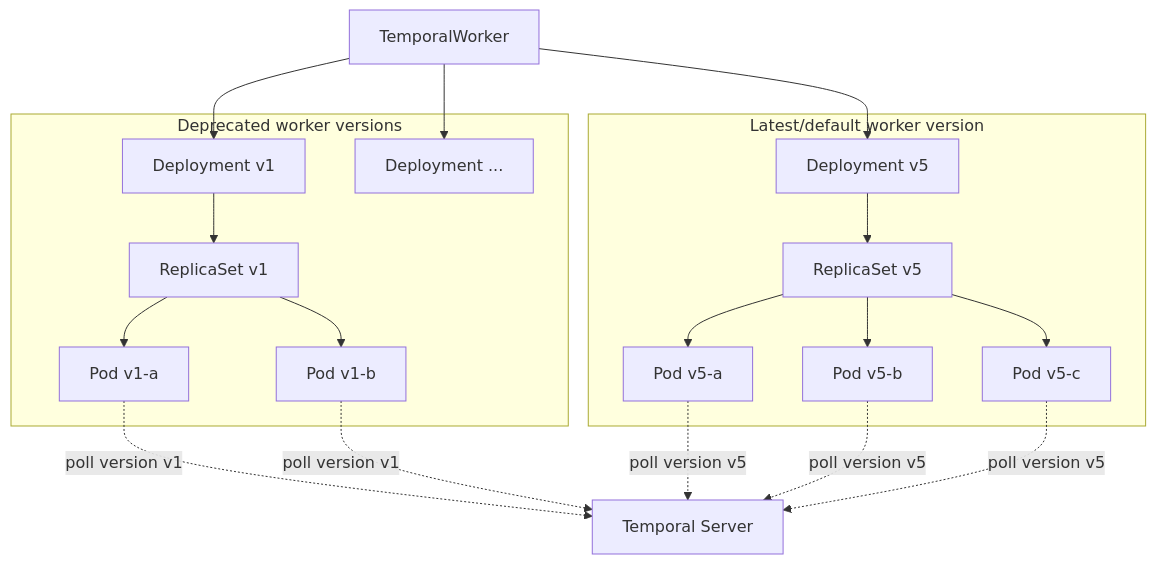
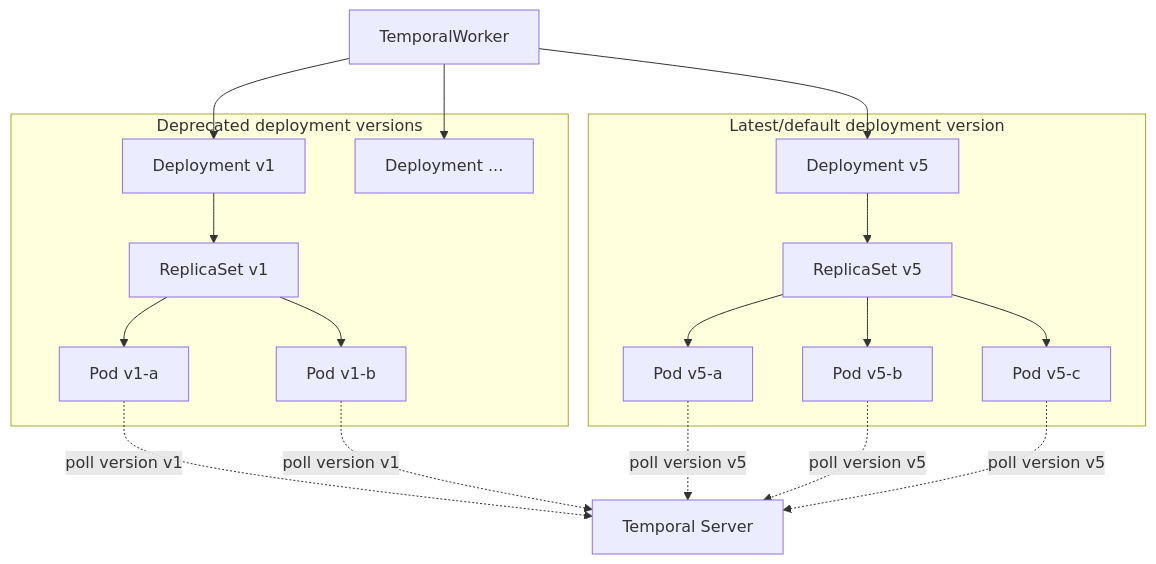
Before and after one commit to temporalio/temporal-worker-controller: the first of 2 diagrams in README.md, drawn with Mermaid. The commit also changed other lines of this file and 20 other files, not shown here.

````diff
--- a/README.md
+++ b/README.md
@@ -57,41 +67,41 @@
 ```mermaid
 flowchart TD
     wd[TemporalWorker]
 
-    subgraph "Latest/default worker version"
+    subgraph "Latest/default deployment version"
         d5["Deployment v5"]
         rs5["ReplicaSet v5"]
         p5a["Pod v5-a"]
         p5b["Pod v5-b"]
         p5c["Pod v5-c"]
         d5 --> rs5
         rs5 --> p5a
         rs5 --> p5b
         rs5 --> p5c
     end
 
-    subgraph "Deprecated worker versions"
+    subgraph "Deprecated deployment versions"
         d1["Deployment v1"]
         rs1["ReplicaSet v1"]
         p1a["Pod v1-a"]
         p1b["Pod v1-b"]
         d1 --> rs1
         rs1 --> p1a
         rs1 --> p1b
 
         dN["Deployment ..."]
     end
 
     wd --> d1
     wd --> dN
     wd --> d5
 
     p1a -. "poll version v1" .-> server
     p1b -. "poll version v1" .-> server
 
     p5a -. "poll version v5" .-> server
     p5b -. "poll version v5" .-> server
     p5c -. "poll version v5" .-> server
 
     server["Temporal Server"]
 ```
````
